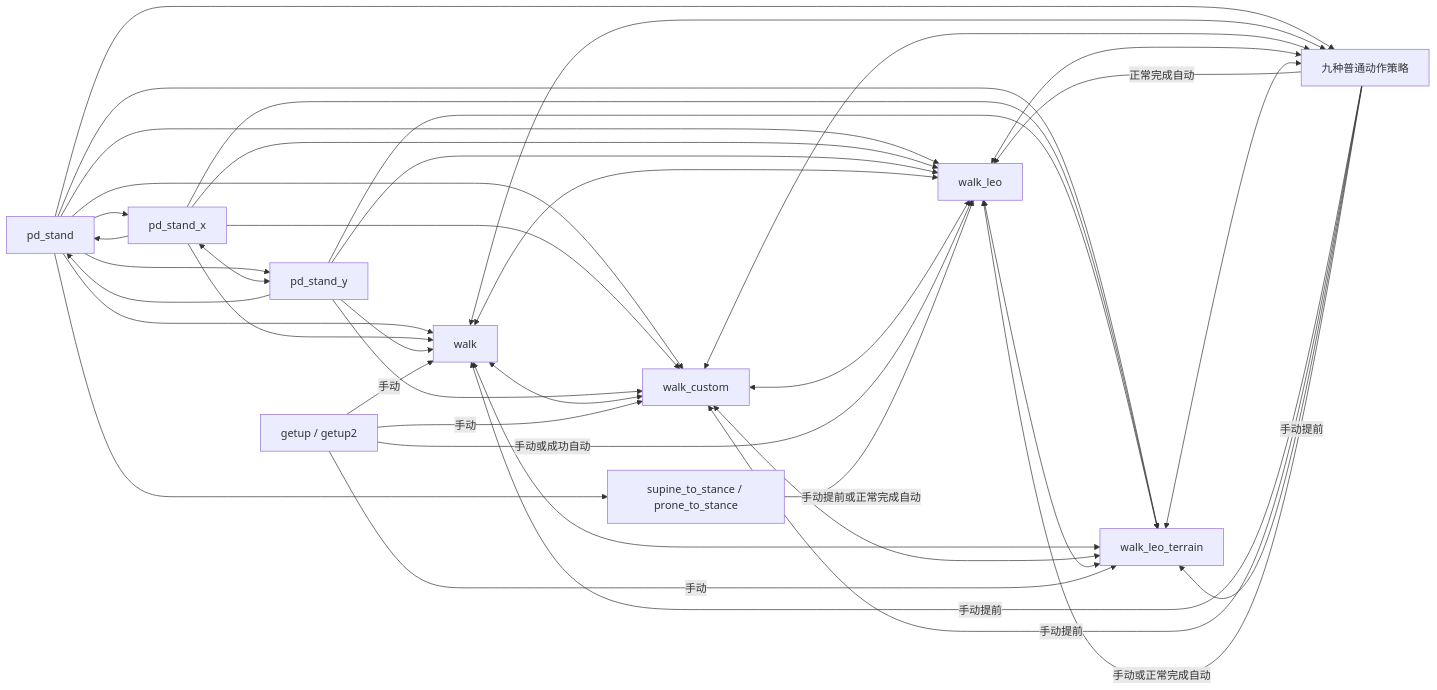
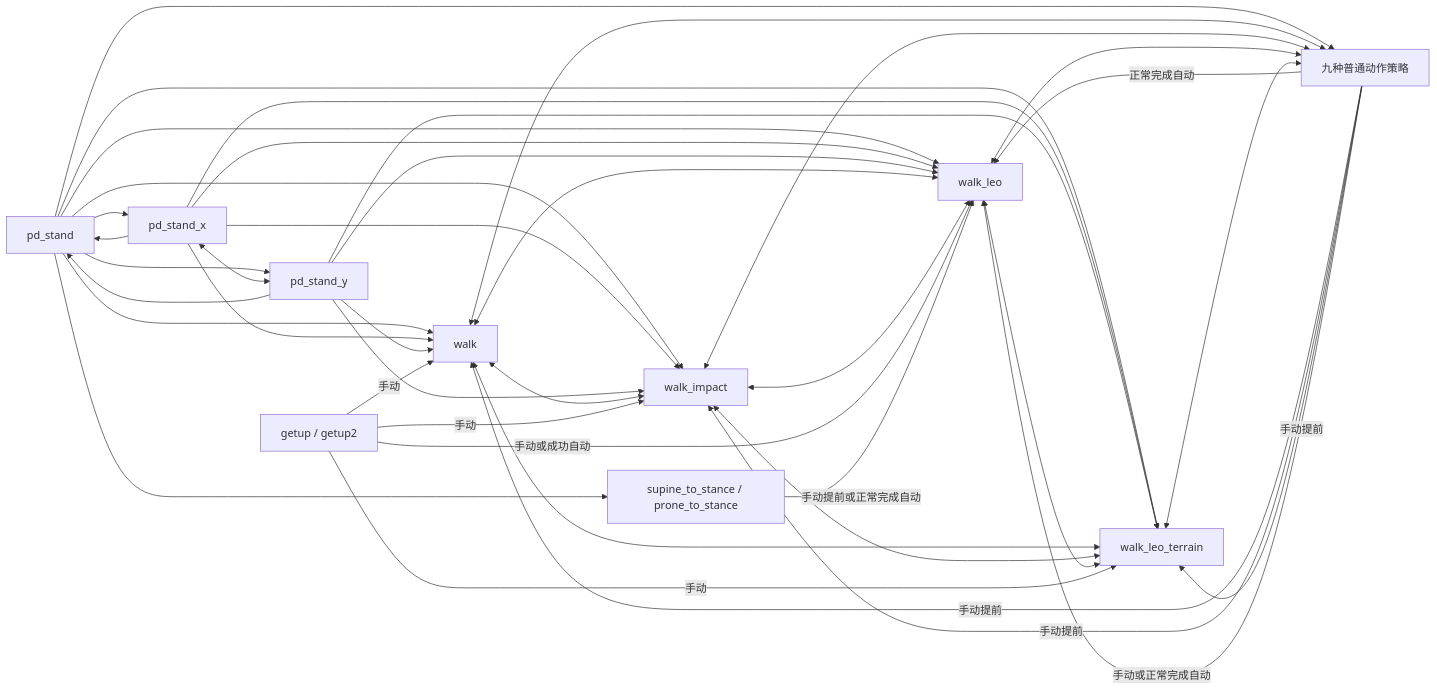
The diagram in docs/t800_motion_transition.md (weishuai-oos/engineai_robotics_native_sdk), drawn with Mermaid before and after one commit. The commit also changed other lines of this file and 29 other files, not shown here.

````diff
--- a/docs/t800_motion_transition.md
+++ b/docs/t800_motion_transition.md
@@ -51,56 +51,56 @@
 ```mermaid
 flowchart LR
   PD[pd_stand]
   W1[walk]
-  W2[walk_custom]
+  W2[walk_impact]
   W3[walk_leo]
   W4[walk_leo_terrain]
   PX[pd_stand_x]
   PY[pd_stand_y]
   A[九种普通动作策略]
   S[supine_to_stance / prone_to_stance]
   G[getup / getup2]
 
   PD --> W1
   PD --> W2
   PD --> W3
   PD --> W4
   PD --> A
   PD --> S
   PD --> PX
   PD --> PY
 
   PX <--> PY
   PX --> PD
   PY --> PD
   PX --> W1
   PX --> W2
   PX --> W3
   PX --> W4
   PY --> W1
   PY --> W2
   PY --> W3
   PY --> W4
 
   W1 <--> W2
   W1 <--> W3
   W1 <--> W4
   W2 <--> W3
   W2 <--> W4
   W3 <--> W4
   W1 <--> A
   W2 <--> A
   W3 <--> A
   W4 <--> A
 
   G -->|手动| W1
   G -->|手动| W2
   G -->|手动| W4
   G -->|手动或成功自动| W3
   A -->|正常完成自动| W3
   S -->|手动提前或正常完成自动| W3
   A -->|手动提前| W1
   A -->|手动提前| W2
   A -->|手动提前| W4
   A -->|手动或正常完成自动| W3
 ```
````
